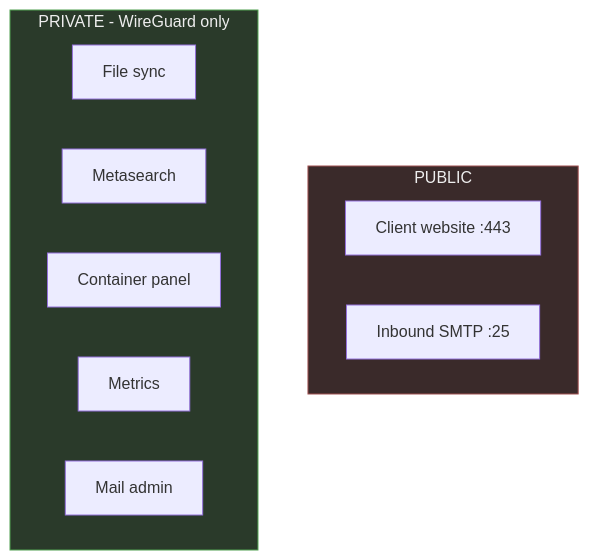
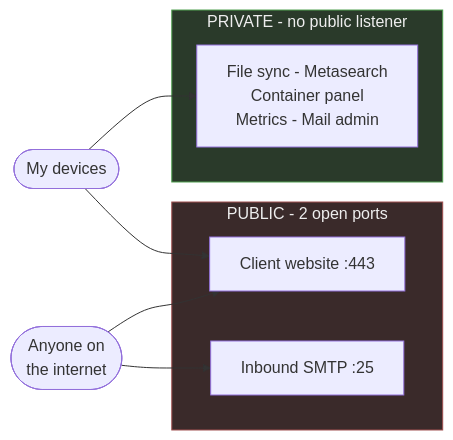
Before and after one commit to lucavieiram/self-hosted-stack: the second of 4 diagrams in README.md, drawn with Mermaid. The commit also changed other lines of this file, not shown here.

First line of the commit message:
redo the topology diagram, make the exposure diagram say something

````diff
--- a/README.md
+++ b/README.md
@@ -50,16 +42,22 @@
 ```mermaid
-graph TB
-    subgraph pub["PUBLIC"]
+graph LR
+    net(["Anyone on<br/>the internet"])
+    me(["My devices"])
+
+    subgraph pub["PUBLIC - 2 open ports"]
         p1["Client website :443"]
         p2["Inbound SMTP :25"]
     end
-    subgraph priv["PRIVATE - WireGuard only"]
-        v1["File sync"]
-        v2["Metasearch"]
-        v3["Container panel"]
-        v4["Metrics"]
-        v5["Mail admin"]
+
+    subgraph priv["PRIVATE - no public listener"]
+        v1["File sync - Metasearch<br/>Container panel<br/>Metrics - Mail admin"]
     end
+
+    net --> p1
+    net --> p2
+    me --> p1
+    me --> v1
+
     style pub fill:#3a2a2a,stroke:#a05050,color:#eee
     style priv fill:#2a3a2a,stroke:#50a050,color:#eee
 ```
````
